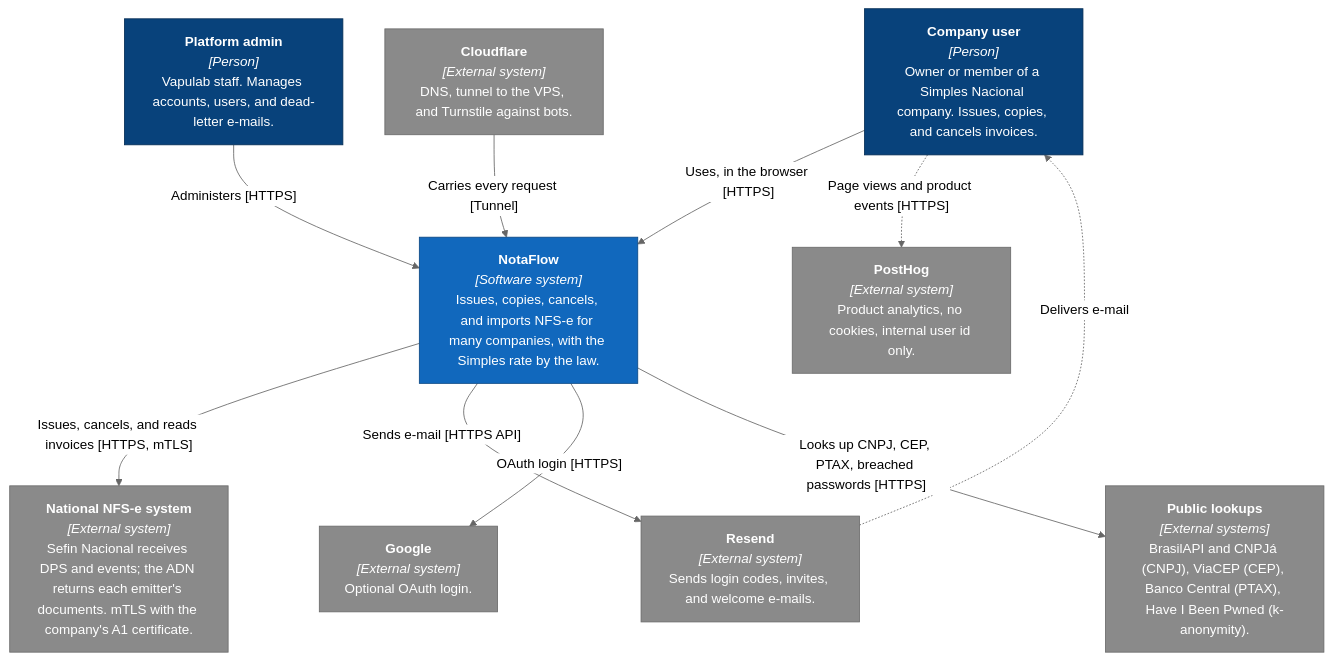
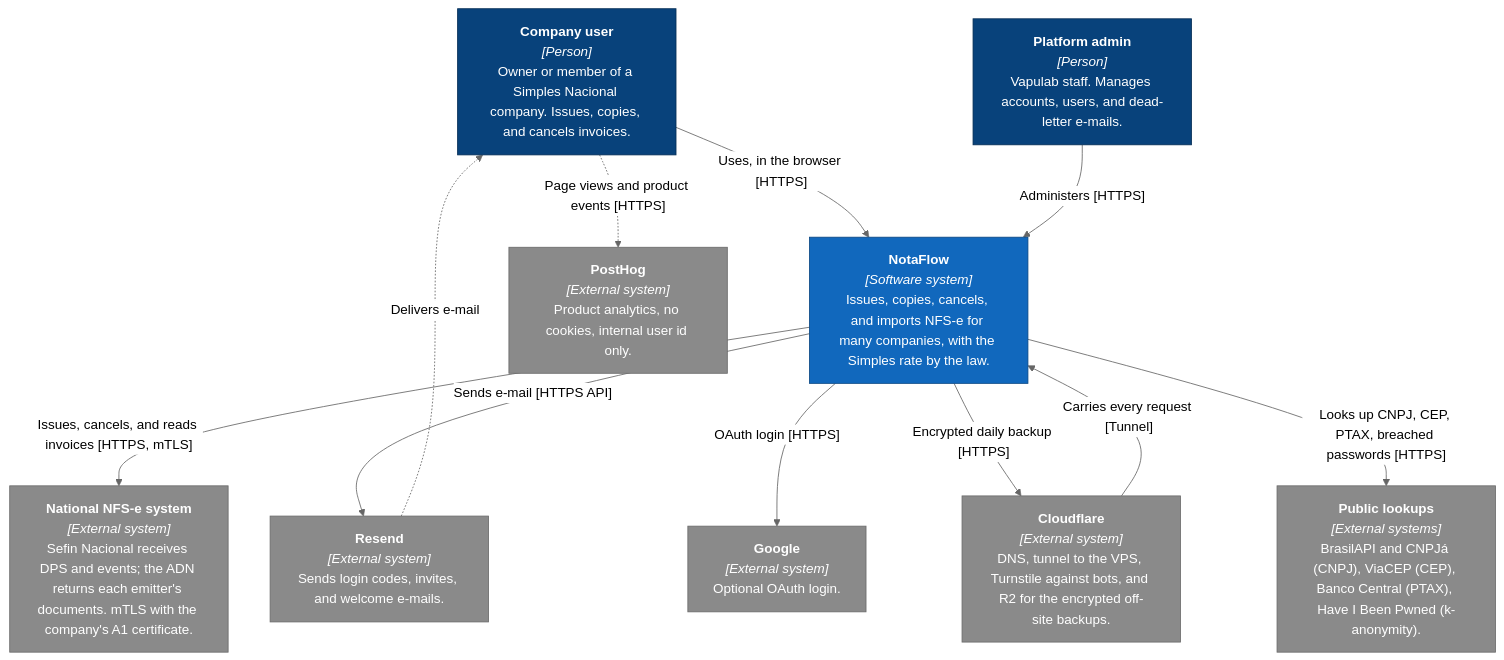
One commit to Vapulab/notaflow changed the diagram in docs/ENGINEERING/ARCHITECTURE/diagrams/c4-1-context.mmd. Above: the diagram before and after it, drawn with Mermaid (neutral theme). The commit also changed 12 other files, not shown here.

First line of the commit message:
feat(deploy): encrypted off-site backups to Cloudflare R2

```diff
--- a/docs/ENGINEERING/ARCHITECTURE/diagrams/c4-1-context.mmd
+++ b/docs/ENGINEERING/ARCHITECTURE/diagrams/c4-1-context.mmd
@@ -1,30 +1,31 @@
 %% C4 level 1: system context. Render with diagrams/render.html (see README.md).
 flowchart TB
   owner["<b>Company user</b><br/><i>[Person]</i><br/>Owner or member of a Simples Nacional company. Issues, copies, and cancels invoices."]
   admin["<b>Platform admin</b><br/><i>[Person]</i><br/>Vapulab staff. Manages accounts, users, and dead-letter e-mails."]
 
   notaflow["<b>NotaFlow</b><br/><i>[Software system]</i><br/>Issues, copies, cancels, and imports NFS-e for many companies, with the Simples rate by the law."]
 
   nacional["<b>National NFS-e system</b><br/><i>[External system]</i><br/>Sefin Nacional receives DPS and events; the ADN returns each emitter's documents. mTLS with the company's A1 certificate."]
   resend["<b>Resend</b><br/><i>[External system]</i><br/>Sends login codes, invites, and welcome e-mails."]
   google["<b>Google</b><br/><i>[External system]</i><br/>Optional OAuth login."]
-  cloudflare["<b>Cloudflare</b><br/><i>[External system]</i><br/>DNS, tunnel to the VPS, and Turnstile against bots."]
+  cloudflare["<b>Cloudflare</b><br/><i>[External system]</i><br/>DNS, tunnel to the VPS, Turnstile against bots, and R2 for the encrypted off-site backups."]
   lookups["<b>Public lookups</b><br/><i>[External systems]</i><br/>BrasilAPI and CNPJá (CNPJ), ViaCEP (CEP), Banco Central (PTAX), Have I Been Pwned (k-anonymity)."]
   posthog["<b>PostHog</b><br/><i>[External system]</i><br/>Product analytics, no cookies, internal user id only."]
 
   owner -- "Uses, in the browser [HTTPS]" --> notaflow
   admin -- "Administers [HTTPS]" --> notaflow
   notaflow -- "Issues, cancels, and reads invoices [HTTPS, mTLS]" --> nacional
   notaflow -- "Sends e-mail [HTTPS API]" --> resend
   notaflow -- "OAuth login [HTTPS]" --> google
   cloudflare -- "Carries every request [Tunnel]" --> notaflow
+  notaflow -- "Encrypted daily backup [HTTPS]" --> cloudflare
   notaflow -- "Looks up CNPJ, CEP, PTAX, breached passwords [HTTPS]" --> lookups
   owner -. "Page views and product events [HTTPS]" .-> posthog
   resend -. "Delivers e-mail" .-> owner
 
   classDef person fill:#08427b,stroke:#052e56,color:#fff
   classDef system fill:#1168bd,stroke:#0b4884,color:#fff
   classDef external fill:#8a8a8a,stroke:#6b6b6b,color:#fff
   class owner,admin person
   class notaflow system
   class nacional,resend,google,cloudflare,lookups,posthog external
```
